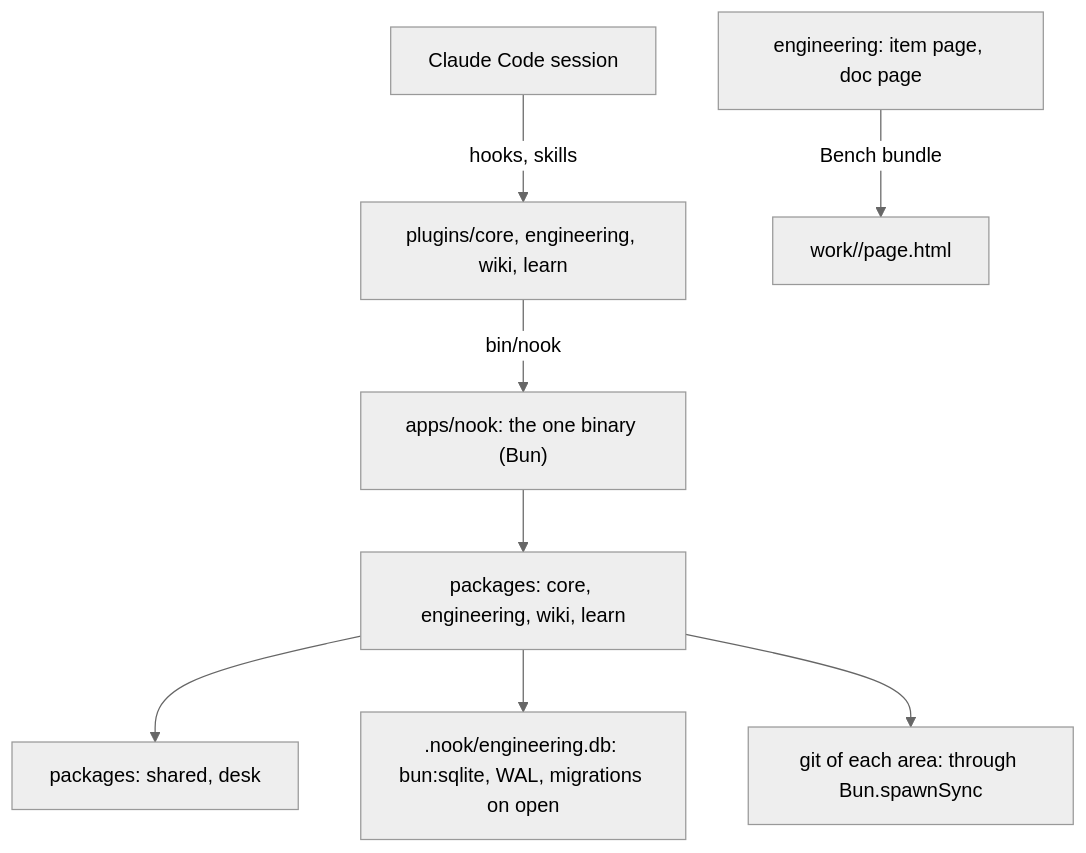
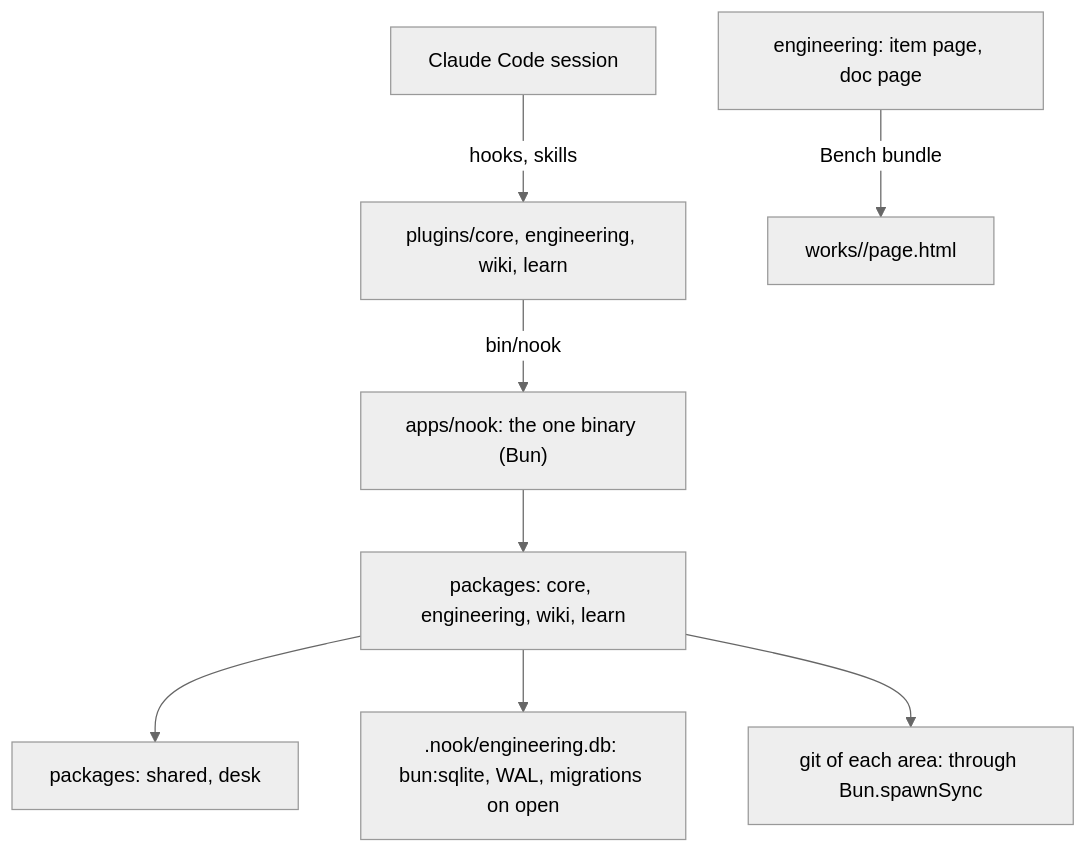
One commit to lamtran8401/nook changed the first of 3 diagrams in docs/plan/v0.3.md. Above: the diagram before and after it, drawn with Mermaid (neutral theme). The commit also changed other lines of this file and 1 other file, not shown here.

First line of the commit message:
Plan v0.3: the item folder is works/, and the routes are /works

````diff
--- a/docs/plan/v0.3.md
+++ b/docs/plan/v0.3.md
@@ -9,10 +9,10 @@
 ```mermaid
 flowchart TB
   cc["Claude Code session"] -->|"hooks, skills"| plugins["plugins/core, engineering, wiki, learn"]
   plugins -->|"bin/nook"| app["apps/nook: the one binary (Bun)"]
   app --> packs["packages: core, engineering, wiki, learn"]
   packs --> base["packages: shared, desk"]
   packs --> ledger[".nook/engineering.db: bun:sqlite, WAL, migrations on open"]
   packs --> git["git of each area: through Bun.spawnSync"]
-  eng["engineering: item page, doc page"] -->|"Bench bundle"| html["work/<id>/page.html"]
+  eng["engineering: item page, doc page"] -->|"Bench bundle"| html["works/<id>/page.html"]
 ```
````
